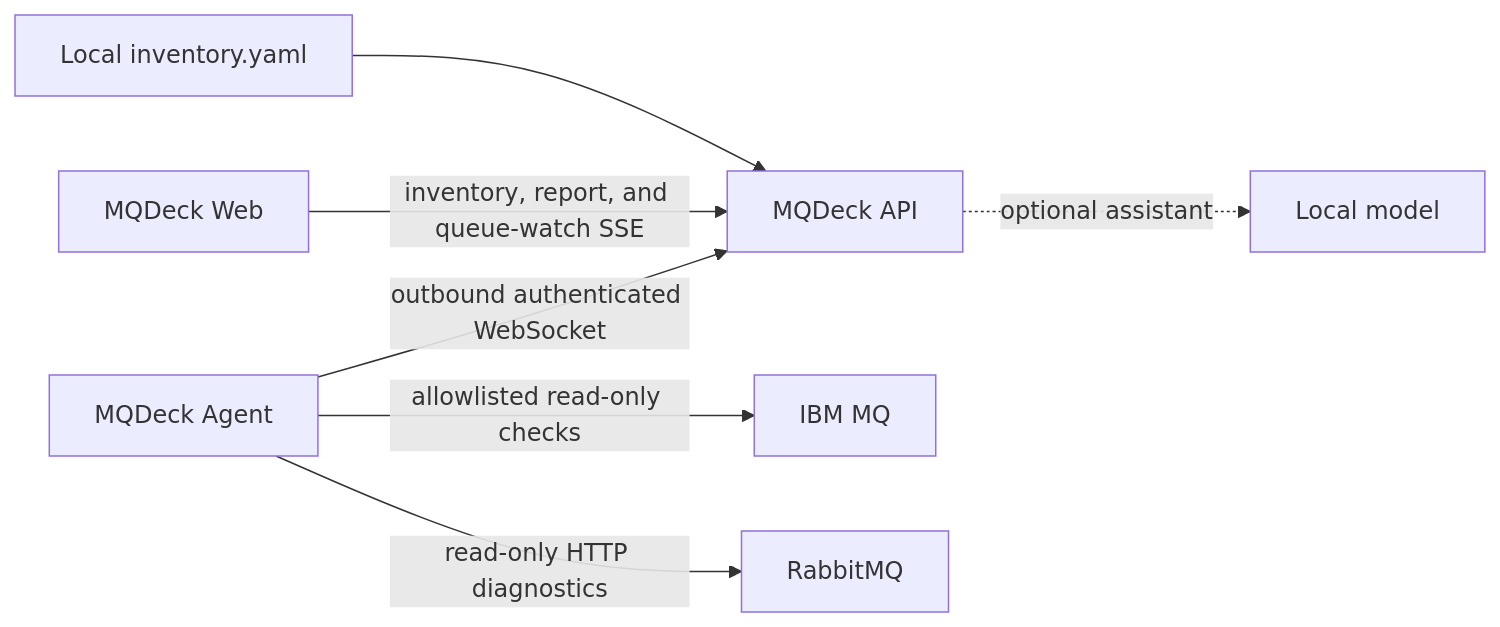
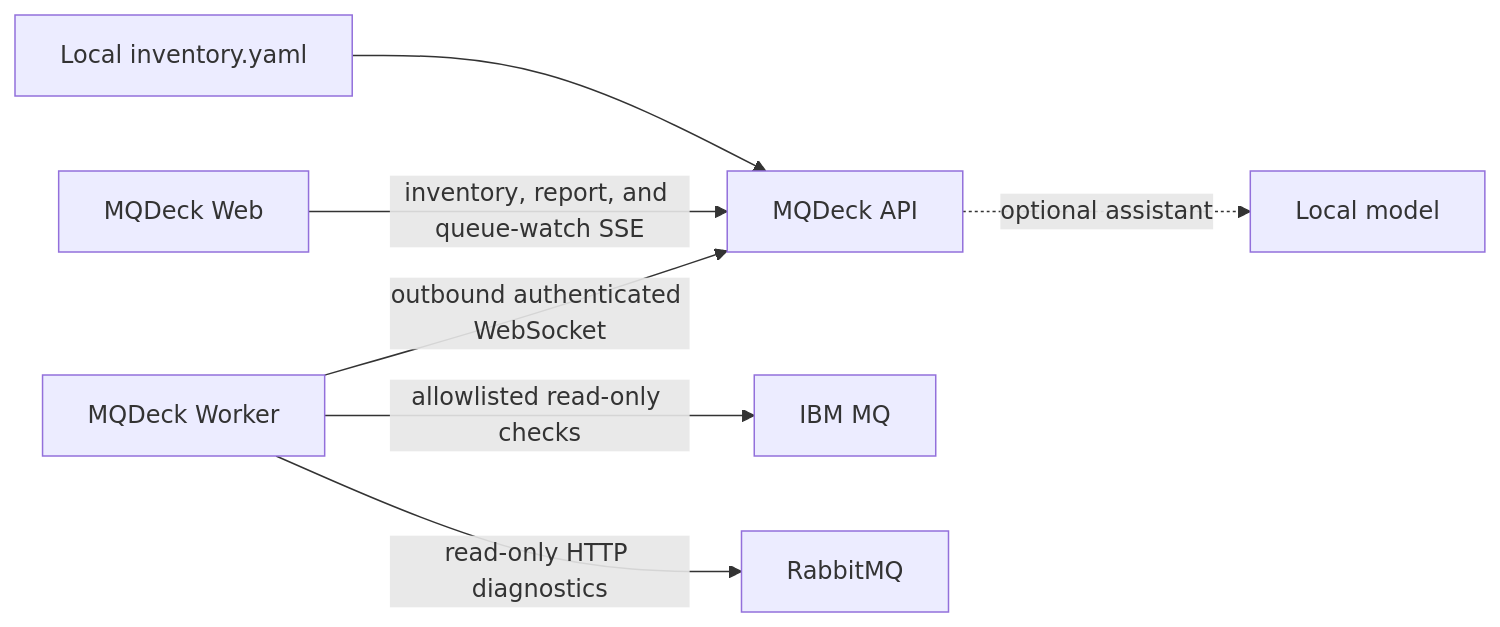
Before and after one commit to mqdeck/mqdeck: the diagram in README.md, drawn with Mermaid. The commit also changed other lines of this file and 64 other files, not shown here.

Commit message:
Publish Worker packaging and properties files for API, Web, and Worker.

````diff
--- a/README.md
+++ b/README.md
@@ -14,9 +14,9 @@
 ```mermaid
 flowchart LR
     YAML["Local inventory.yaml"] --> API["MQDeck API"]
     WEB["MQDeck Web"] -->|"inventory, report, and queue-watch SSE"| API
-    AGENT["MQDeck Agent"] -->|"outbound authenticated WebSocket"| API
-    AGENT -->|"allowlisted read-only checks"| IBM["IBM MQ"]
-    AGENT -->|"read-only HTTP diagnostics"| RMQ["RabbitMQ"]
+    WORKER["MQDeck Worker"] -->|"outbound authenticated WebSocket"| API
+    WORKER -->|"allowlisted read-only checks"| IBM["IBM MQ"]
+    WORKER -->|"read-only HTTP diagnostics"| RMQ["RabbitMQ"]
     API -.->|"optional assistant"| MODEL["Local model"]
 ```
````
